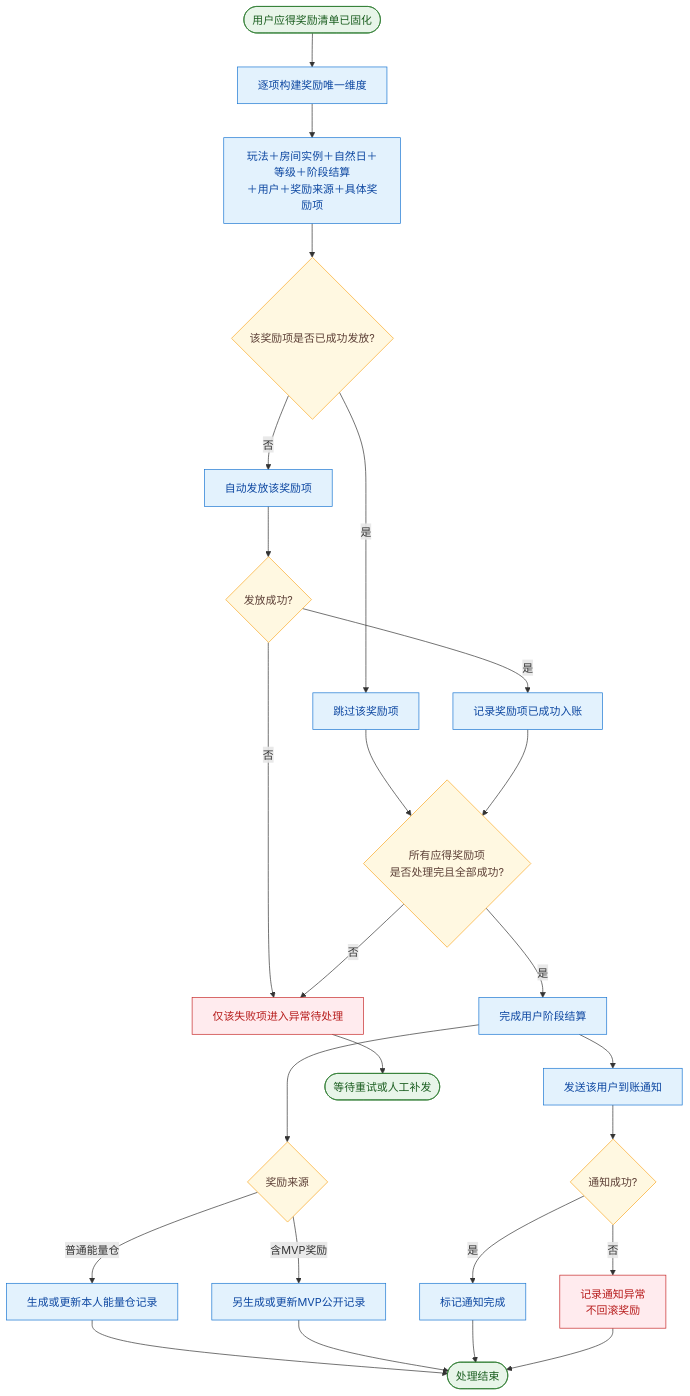
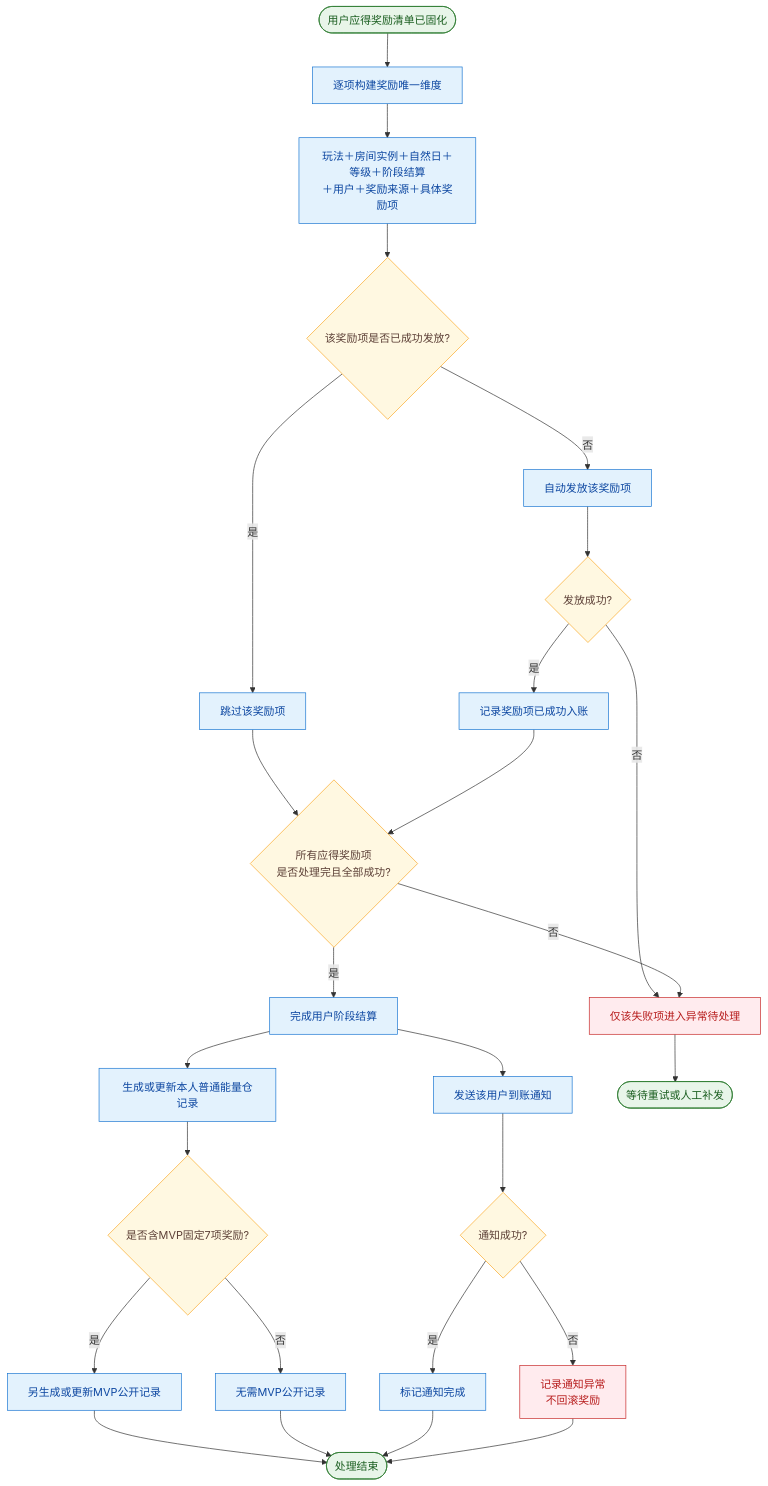
One commit to Chawucikela/TOP-KHALIJ changed the fourth of 5 diagrams in 房间飞船挑战/星际飞船-能量仓奖励业务流程图.mmd. Above: the diagram before and after it, drawn with Mermaid. The commit also changed other lines of this file and 20 other files, not shown here.

````diff
--- a/房间飞船挑战/星际飞船-能量仓奖励业务流程图.mmd
+++ b/房间飞船挑战/星际飞船-能量仓奖励业务流程图.mmd
@@ -89,39 +87,40 @@
 ```mermaid
 flowchart TD
     A([用户应得奖励清单已固化]) --> B[逐项构建奖励唯一维度]
     B --> C[玩法＋房间实例＋自然日＋等级＋阶段结算<br/>＋用户＋奖励来源＋具体奖励项]
     C --> D{该奖励项是否已成功发放?}
     D -- 是 --> E[跳过该奖励项]
     D -- 否 --> F[自动发放该奖励项]
     F --> G{发放成功?}
     G -- 否 --> H[仅该失败项进入异常待处理]
     G -- 是 --> I[记录奖励项已成功入账]
 
     E --> J{所有应得奖励项<br/>是否处理完且全部成功?}
     I --> J
     J -- 否 --> H
     J -- 是 --> K[完成用户阶段结算]
 
-    K --> L{奖励来源}
-    L -- 普通能量仓 --> M[生成或更新本人能量仓记录]
-    L -- 含MVP奖励 --> N[另生成或更新MVP公开记录]
-    K --> O[发送该用户到账通知]
-    O --> P{通知成功?}
-    P -- 是 --> Q[标记通知完成]
-    P -- 否 --> R[记录通知异常<br/>不回滚奖励]
+    K --> L[生成或更新本人普通能量仓记录]
+    L --> M{是否含MVP固定7项奖励?}
+    M -- 是 --> N[另生成或更新MVP公开记录]
+    M -- 否 --> O[无需MVP公开记录]
+    K --> P[发送该用户到账通知]
+    P --> Q{通知成功?}
+    Q -- 是 --> R[标记通知完成]
+    Q -- 否 --> S[记录通知异常<br/>不回滚奖励]
 
-    M --> S([处理结束])
-    N --> S
-    Q --> S
-    R --> S
-    H --> T([等待重试或人工补发])
+    N --> T([处理结束])
+    O --> T
+    R --> T
+    S --> T
+    H --> U([等待重试或人工补发])
 
     classDef startEnd fill:#E8F5E9,stroke:#2E7D32,color:#1B5E20;
     classDef decision fill:#FFF8E1,stroke:#F9A825,color:#5D4037;
     classDef process fill:#E3F2FD,stroke:#1976D2,color:#0D47A1;
     classDef exception fill:#FFEBEE,stroke:#C62828,color:#B71C1C;
-    class A,S,T startEnd;
-    class D,G,J,L,P decision;
-    class B,C,E,F,I,K,M,N,O,Q process;
-    class H,R exception;
+    class A,T,U startEnd;
+    class D,G,J,M,Q decision;
+    class B,C,E,F,I,K,L,N,O,P,R process;
+    class H,S exception;
 ```
````
